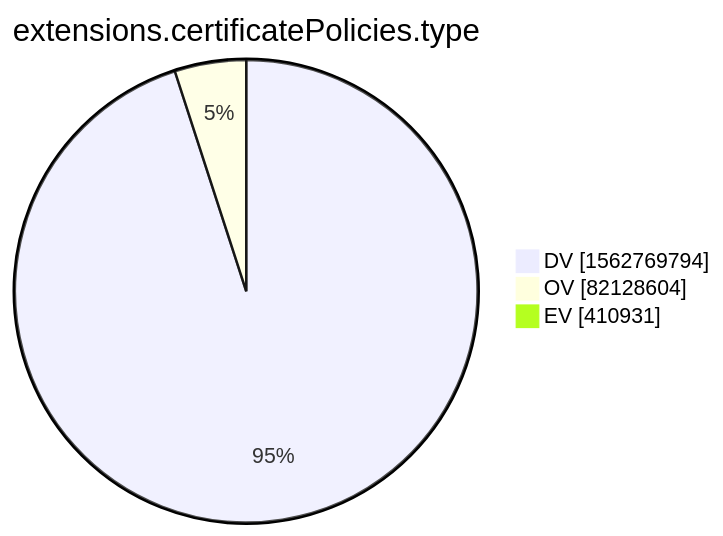
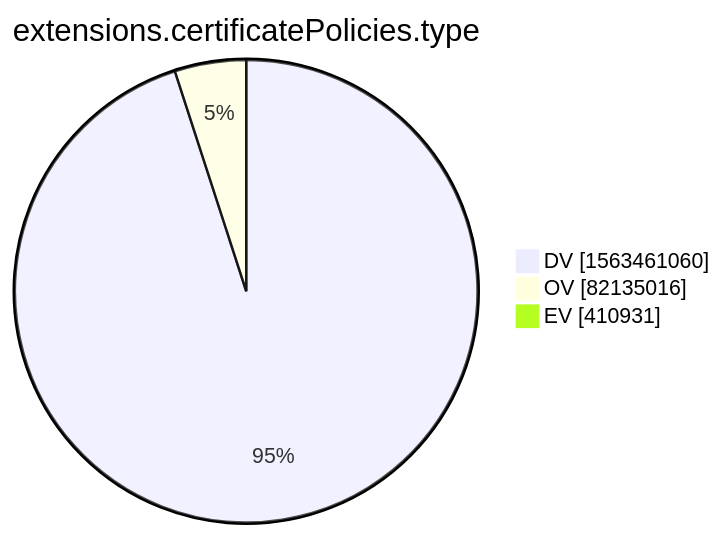
Before and after one commit to christiankrug/ctmonitor_visualization: the tenth of 15 diagrams in xenon2022/README.md, drawn with Mermaid. The commit also changed other lines of this file, not shown here.

````diff
--- a/xenon2022/README.md
+++ b/xenon2022/README.md
@@ -2876,7 +2876,7 @@
 ```mermaid
 pie showData
 title extensions.certificatePolicies.type
-"DV" :1562769794
-"OV" :82128604
+"DV" :1563461060
+"OV" :82135016
 "EV" :410931
 ```
````
